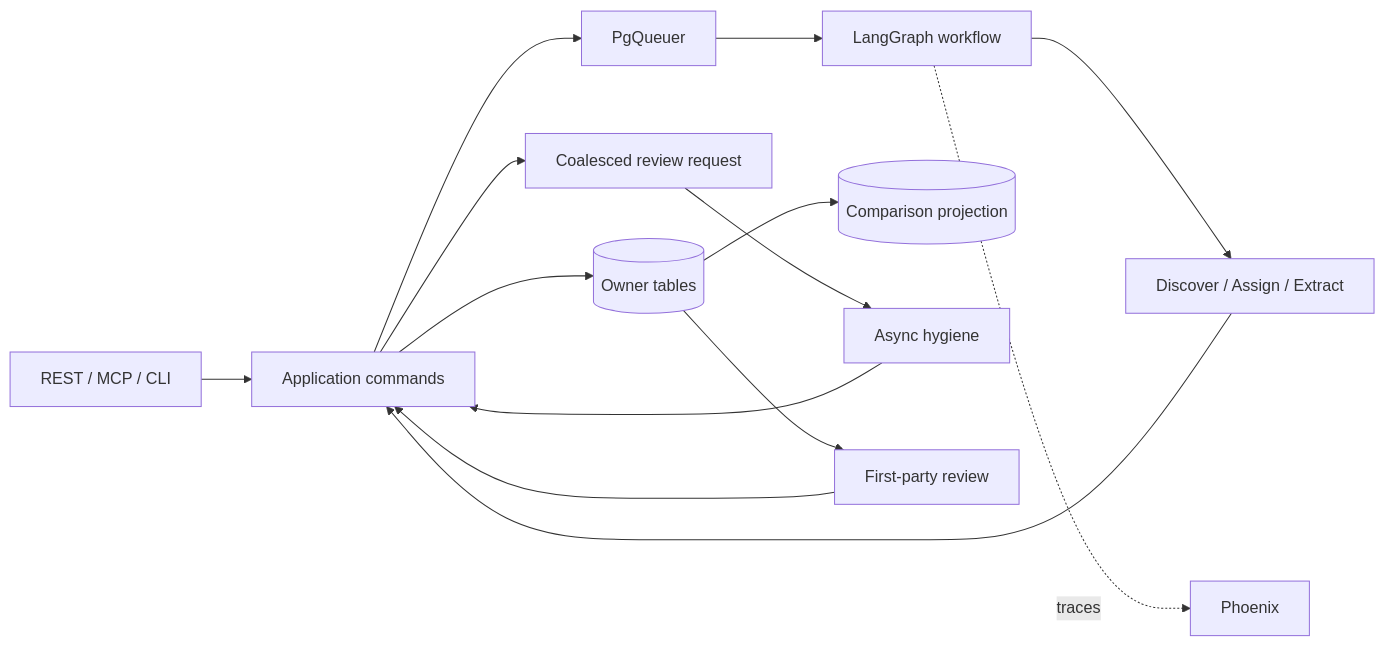
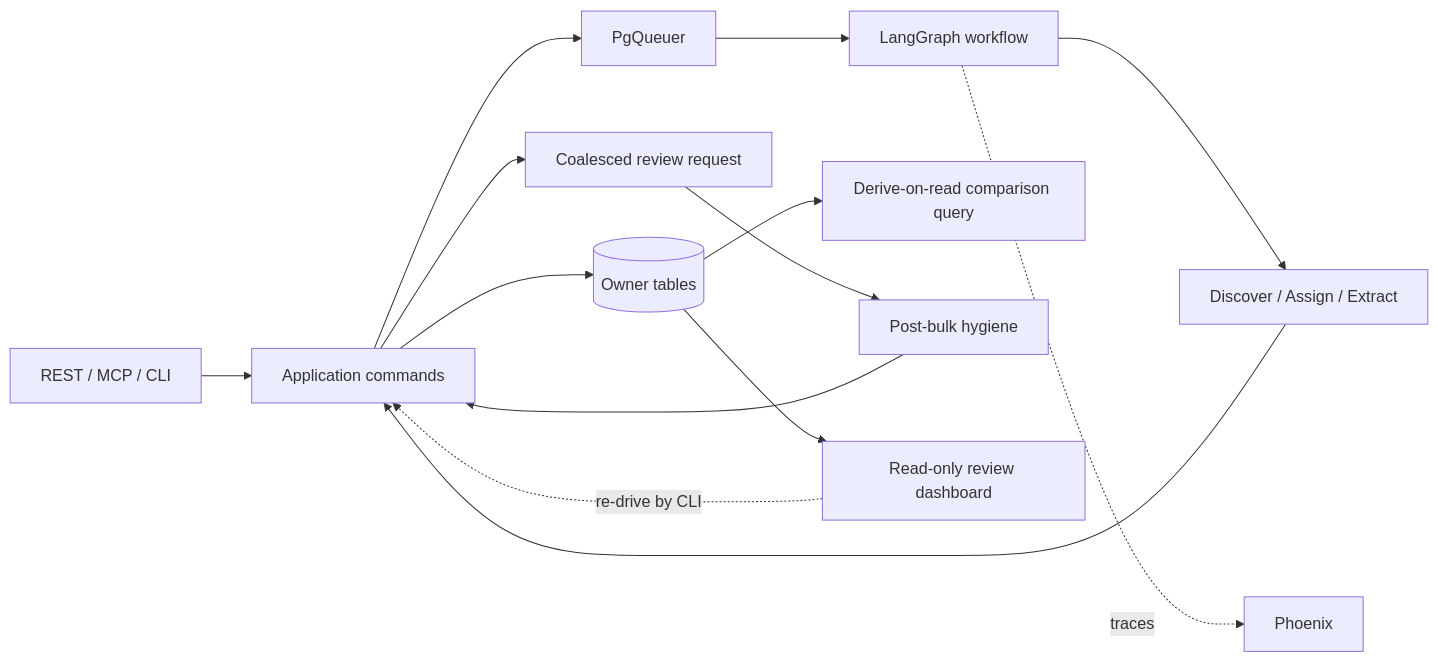
The diagram in _bmad-output/specs/spec-2026-agent-workflow/architecture-diagrams.md (nathanvogel/agentic-cataloger), drawn with Mermaid before and after one commit. The commit also changed other lines of this file and 9 other files, not shown here.

````diff
--- a/_bmad-output/specs/spec-2026-agent-workflow/architecture-diagrams.md
+++ b/_bmad-output/specs/spec-2026-agent-workflow/architecture-diagrams.md
@@ -20,16 +18,16 @@
 ```mermaid
 flowchart LR
   inbound["REST / MCP / CLI"] --> commands["Application commands"]
   commands --> queue["PgQueuer"]
   queue --> lg["LangGraph workflow"]
   lg --> stages["Discover / Assign / Extract"]
   stages --> commands
   commands --> state[("Owner tables")]
-  state --> projection[("Comparison projection")]
+  state --> compare["Derive-on-read comparison query"]
   commands --> dirty["Coalesced review request"]
-  dirty --> hygiene["Async hygiene"]
+  dirty --> hygiene["Post-bulk hygiene"]
   hygiene --> commands
   lg -.->|traces| phoenix["Phoenix"]
-  state --> review["First-party review"]
-  review --> commands
+  state --> review["Read-only review dashboard"]
+  review -.->|re-drive by CLI| commands
 ```
````
